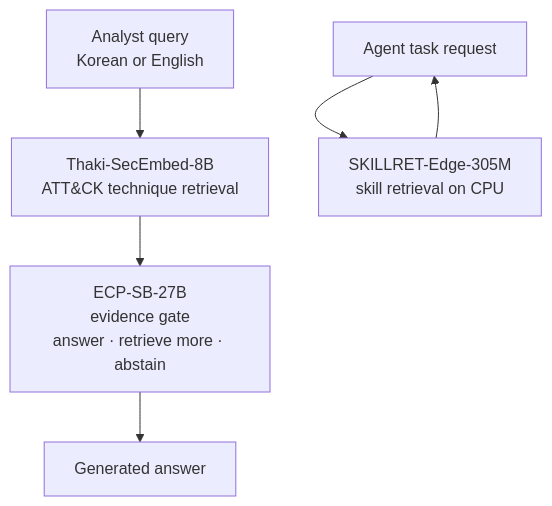
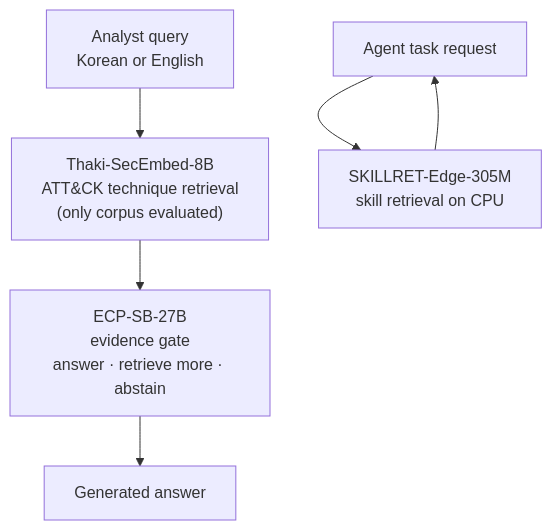
The diagram in _posts/en/owm/2026-10-25-preregistered-gates-three-models-open.md (ThakiCloud/thakicloud.github.io), drawn with Mermaid before and after one commit. The commit also changed other lines of this file and 7 other files, not shown here.

````diff
--- a/_posts/en/owm/2026-10-25-preregistered-gates-three-models-open.md
+++ b/_posts/en/owm/2026-10-25-preregistered-gates-three-models-open.md
@@ -44,8 +44,8 @@
 ```mermaid
 flowchart TB
-    Q[Analyst query<br/>Korean or English] --> SE[Thaki-SecEmbed-8B<br/>ATT&CK technique retrieval]
+    Q["Analyst query<br/>Korean or English"] --> SE["Thaki-SecEmbed-8B<br/>ATT&CK technique retrieval<br/>(only corpus evaluated)"]
     SE --> G[ECP-SB-27B<br/>evidence gate<br/>answer · retrieve more · abstain]
-    G --> A[Generated answer]
+    G --> A["Generated answer"]
     AG[Agent task request] --> SK[SKILLRET-Edge-305M<br/>skill retrieval on CPU]
     SK --> AG
 ```
````
